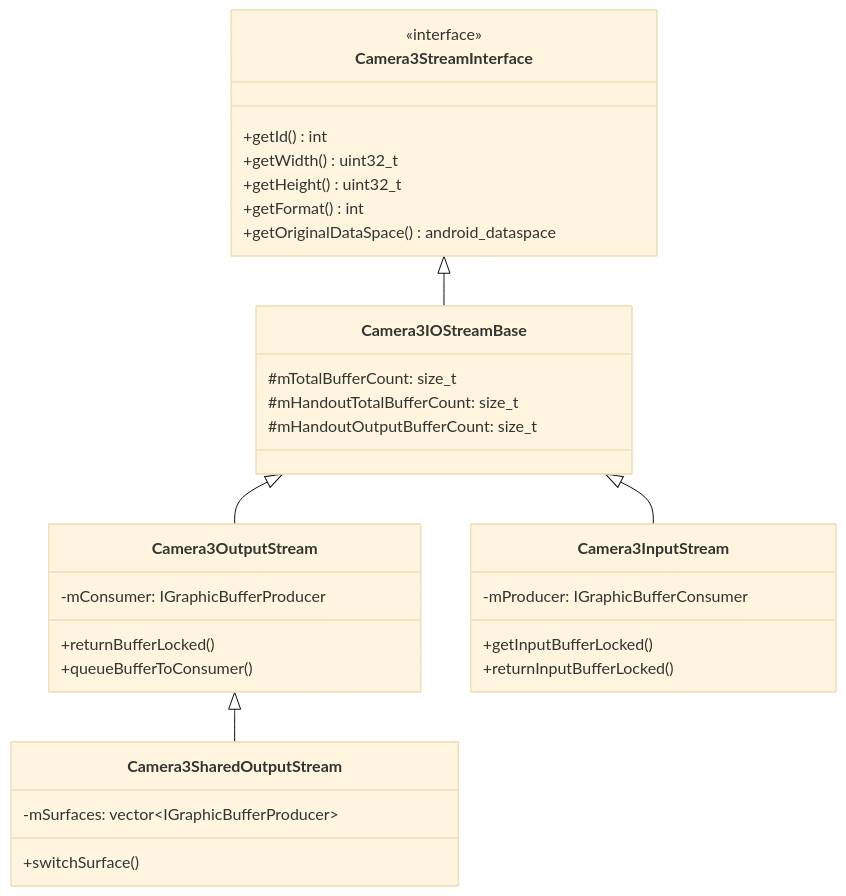
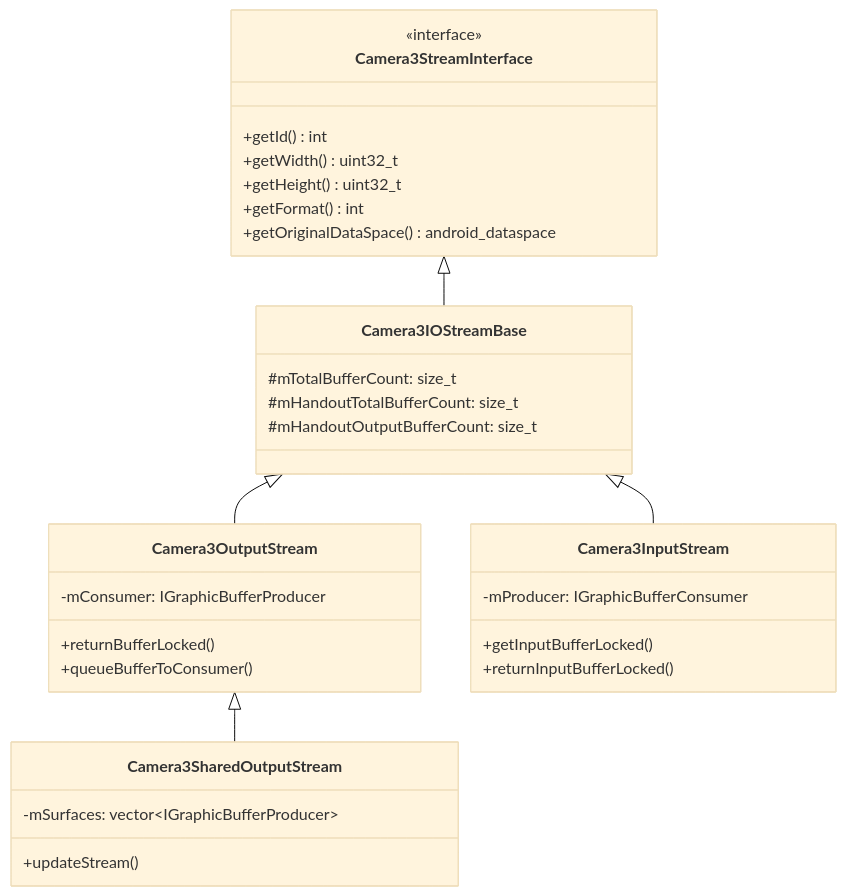
One commit to aospbooks/aosp-internal-book changed diagram 14 of 25 in 62-camera2-pipeline.md. Above: the diagram before and after it, drawn with Mermaid (base theme). The commit also changed other lines of this file and 232 other files, not shown here.

````diff
--- a/62-camera2-pipeline.md
+++ b/62-camera2-pipeline.md
@@ -1086,35 +1086,35 @@
 ```mermaid
 classDiagram
     class Camera3StreamInterface {
         <<interface>>
         +getId() int
         +getWidth() uint32_t
         +getHeight() uint32_t
         +getFormat() int
         +getOriginalDataSpace() android_dataspace
     }
     class Camera3IOStreamBase {
         #mTotalBufferCount: size_t
         #mHandoutTotalBufferCount: size_t
         #mHandoutOutputBufferCount: size_t
     }
     class Camera3OutputStream {
         -mConsumer: IGraphicBufferProducer
         +returnBufferLocked()
         +queueBufferToConsumer()
     }
     class Camera3InputStream {
         -mProducer: IGraphicBufferConsumer
         +getInputBufferLocked()
         +returnInputBufferLocked()
     }
     class Camera3SharedOutputStream {
         -mSurfaces: vector~IGraphicBufferProducer~
-        +switchSurface()
+        +updateStream()
     }
 
     Camera3StreamInterface <|-- Camera3IOStreamBase
     Camera3IOStreamBase <|-- Camera3OutputStream
     Camera3IOStreamBase <|-- Camera3InputStream
     Camera3OutputStream <|-- Camera3SharedOutputStream
 ```
````
